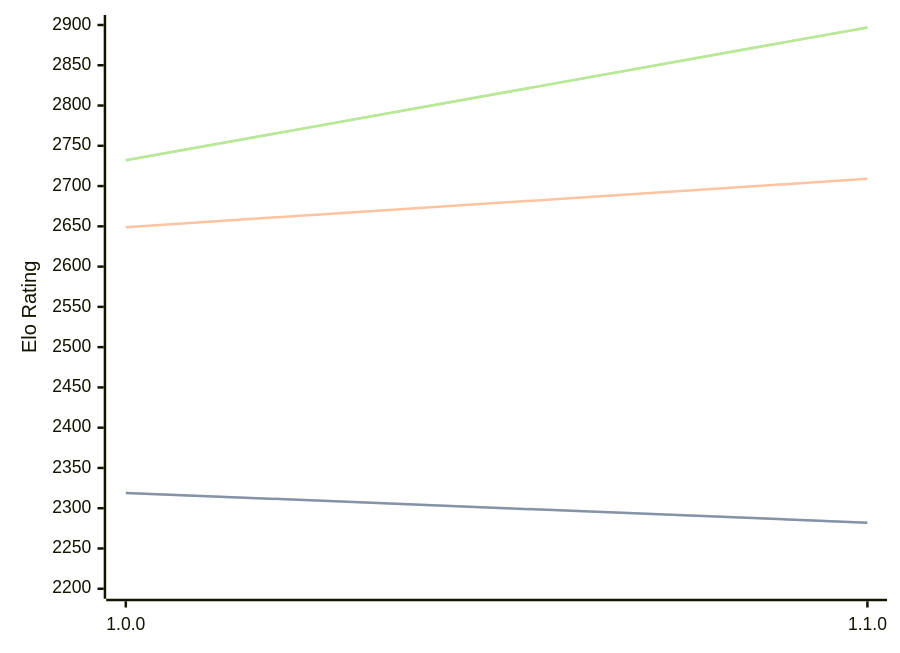
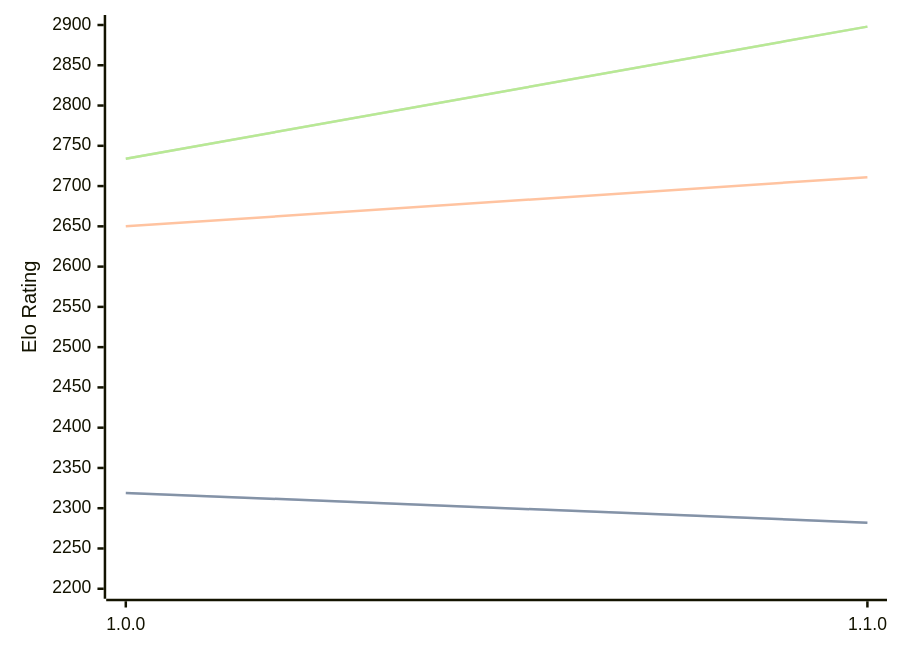
Before and after one commit to computer-chess-index/cci: the first of 3 diagrams in engines/ShallowGuess.md, drawn with Mermaid. The commit also changed other lines of this file, not shown here.

Commit message:
Update CCI Ratings (ELO VLTC) - 2026-07-02

````diff
--- a/engines/ShallowGuess.md
+++ b/engines/ShallowGuess.md
@@ -36,11 +36,11 @@
 ```mermaid
 %%{init: {"theme":"base","themeVariables":{"seriesColors:['#a3a3a3','#222221','#faa371']}}}%%
 xychart-beta
   x-axis ["1.0.0", "1.1.0"]
   y-axis "Elo Rating" 2200 --> 2900
   line "STC (8.0+0.08s)" [2319, 2282]
   line "STC (8.0+0.08s)" [2319, 2282]
-  line "LTC (60.0+0.60s)" [2649, 2709]
-  line "VLTC (2m24s+1.12s)" [2732, 2897]
-  line "VLTC (2m24s+1.12s)" [2732, 2897]
+  line "LTC (60.0+0.60s)" [2650, 2711]
+  line "VLTC (2m24s+1.12s)" [2734, 2898]
+  line "VLTC (2m24s+1.12s)" [2734, 2898]
 ```
````
